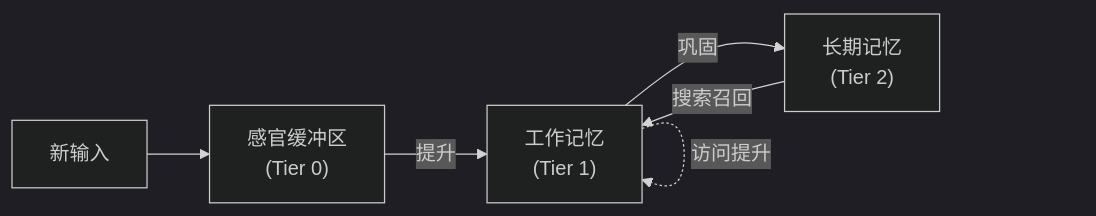
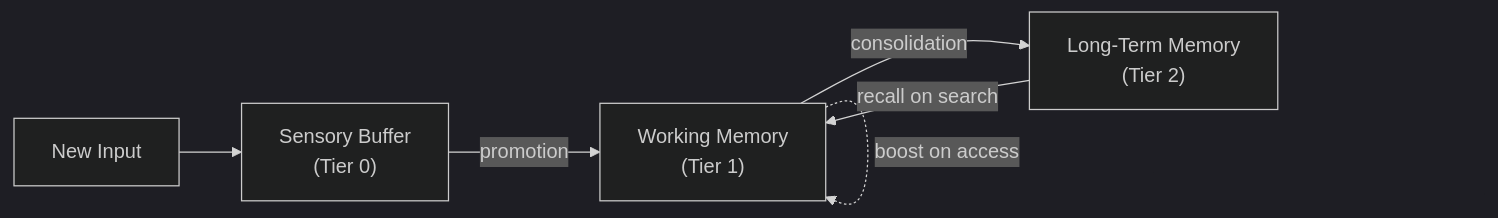
The sixth of 21 diagrams in docs/research/engram.md (WeiLinCool/openpawz), drawn with Mermaid (dark theme) before and after one commit. The commit also changed other lines of this file and 7 other files, not shown here.

````diff
--- a/docs/research/engram.md
+++ b/docs/research/engram.md
@@ -552,8 +552,8 @@
 ```mermaid
 flowchart LR
-    IN["新输入"] --> SB["感官缓冲区\n(Tier 0)"]
-    SB -- "提升" --> WM["工作记忆\n(Tier 1)"]
-    WM -- "巩固" --> LTM["长期记忆\n(Tier 2)"]
-    LTM -- "搜索召回" --> WM
-    WM -. "访问提升" .-> WM
+    IN["New Input"] --> SB["Sensory Buffer\n(Tier 0)"]
+    SB -- "promotion" --> WM["Working Memory\n(Tier 1)"]
+    WM -- "consolidation" --> LTM["Long-Term Memory\n(Tier 2)"]
+    LTM -- "recall on search" --> WM
+    WM -. "boost on access" .-> WM
 ```
````
